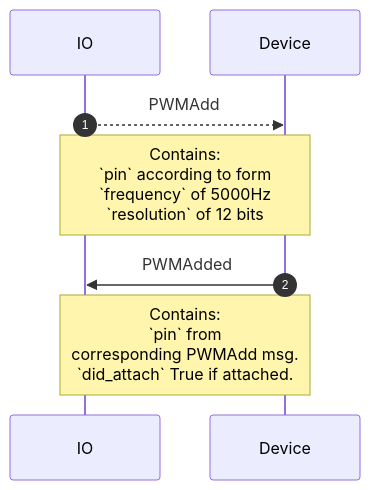
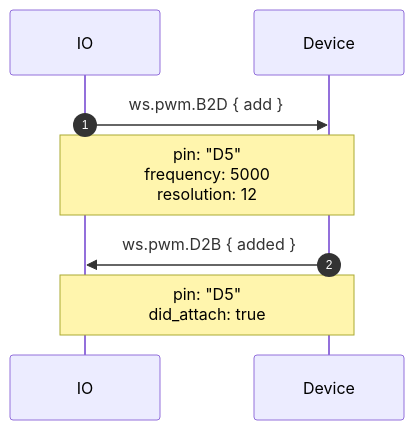
Before and after one commit to adafruit/Wippersnapper_Protobuf: the first of 10 diagrams in proto/wippersnapper/docs/pwm.md, drawn with Mermaid. The commit also changed other lines of this file and 10 other files, not shown here.

````diff
--- a/proto/wippersnapper/docs/pwm.md
+++ b/proto/wippersnapper/docs/pwm.md
@@ -21,10 +55,10 @@
 ```mermaid
 sequenceDiagram
 autonumber
 
-IO-->>Device: PWMAdd
-Note over IO, Device: Contains:<br> `pin` according to form<br>`frequency` of 5000Hz<br> `resolution` of 12 bits
+IO->>Device: ws.pwm.B2D { add }
+Note over IO, Device: pin: "D5"<br/>frequency: 5000<br/>resolution: 12
 
-Device->>IO: PWMAdded
-Note over IO, Device: Contains:<br> `pin` from <br>corresponding PWMAdd msg. <br>`did_attach` True if attached.
+Device->>IO: ws.pwm.D2B { added }
+Note over IO, Device: pin: "D5"<br/>did_attach: true
 ```
````
